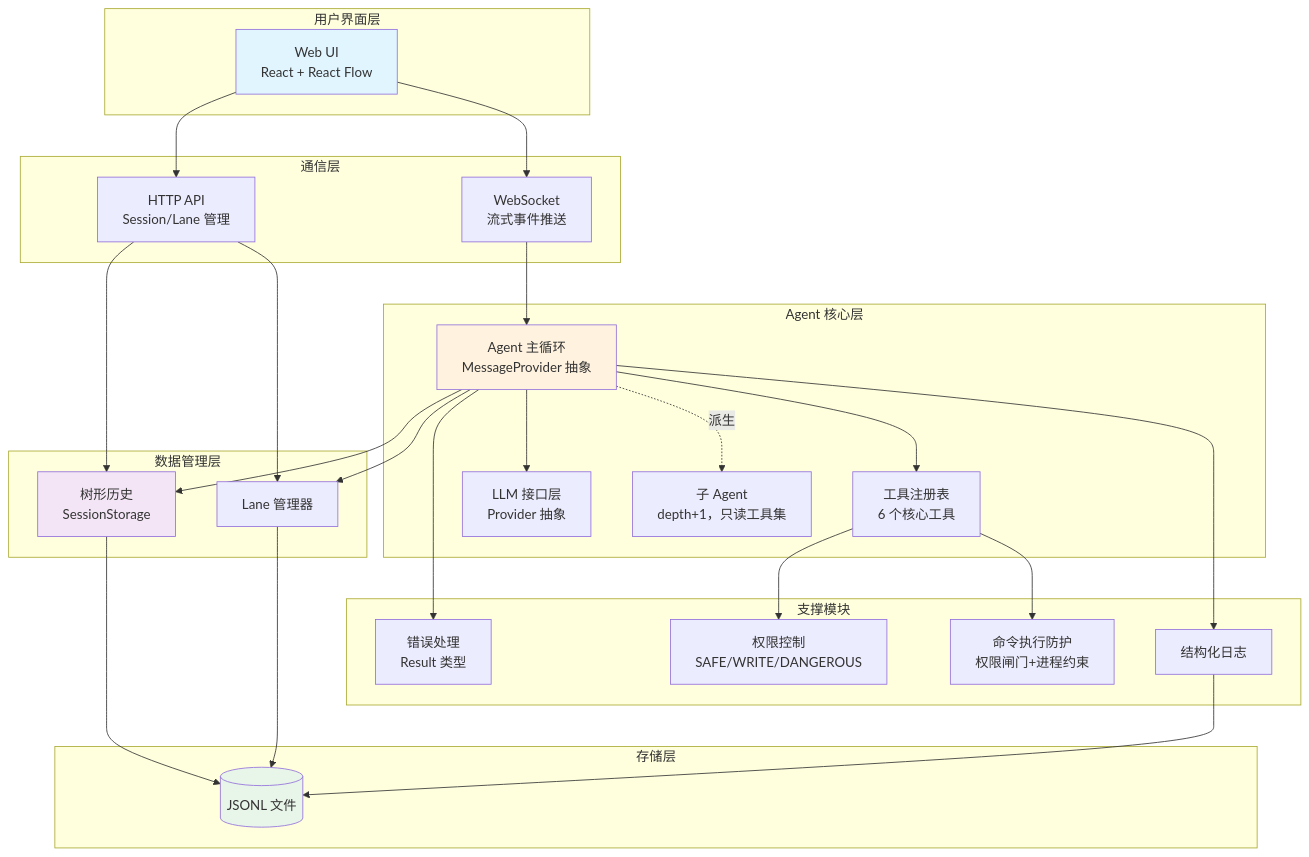
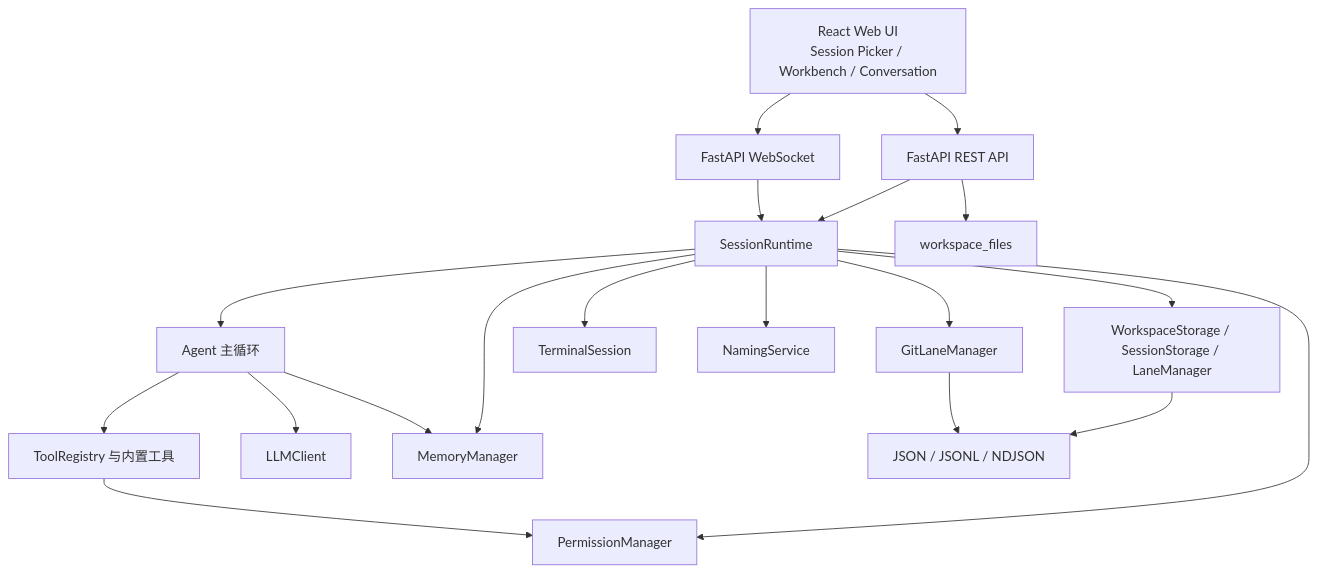
One commit to mukongshan/CodeMate changed the diagram in docs/功能设计/01-系统架构概览.md. Above: the diagram before and after it, drawn with Mermaid. The commit also changed other lines of this file and 20 other files, not shown here.

First line of the commit message:
feat: Implement Lane and Git integration branch management plan

````diff
--- a/docs/功能设计/01-系统架构概览.md
+++ b/docs/功能设计/01-系统架构概览.md
@@ -23,57 +15,37 @@
 ```mermaid
 graph TB
-    subgraph "用户界面层"
-        UI[Web UI<br/>React + React Flow]
-    end
+    UI[React Web UI\nSession Picker / Workbench / Conversation]
+    REST[FastAPI REST API]
+    WS[FastAPI WebSocket]
+    Runtime[SessionRuntime]
+    Agent[Agent 主循环]
+    Tools[ToolRegistry 与内置工具]
+    LLM[LLMClient]
+    Memory[MemoryManager]
+    Permission[PermissionManager]
+    Git[GitLaneManager]
+    Terminal[TerminalSession]
+    Naming[NamingService]
+    Store[WorkspaceStorage / SessionStorage / LaneManager]
+    Files[workspace_files]
+    Disk[JSON / JSONL / NDJSON]
 
-    subgraph "通信层"
-        WS[WebSocket<br/>流式事件推送]
-        API[HTTP API<br/>Session/Lane 管理]
-    end
-
-    subgraph "Agent 核心层"
-        Loop[Agent 主循环<br/>MessageProvider 抽象]
-        Tools[工具注册表<br/>6 个核心工具]
-        LLM[LLM 接口层<br/>Provider 抽象]
-        SubAgent[子 Agent<br/>depth+1，只读工具集]
-    end
-
-    subgraph "支撑模块"
-        Error[错误处理<br/>Result 类型]
-        Perm[权限控制<br/>SAFE/WRITE/DANGEROUS]
-        Guard[命令执行防护<br/>权限闸门+进程约束]
-        Log[结构化日志]
-    end
-
-    subgraph "数据管理层"
-        Session[树形历史<br/>SessionStorage]
-        Lane[Lane 管理器]
-    end
-
-    subgraph "存储层"
-        JSONL[(JSONL 文件)]
-    end
-
+    UI --> REST
     UI --> WS
-    UI --> API
-    WS --> Loop
-    API --> Session
-    API --> Lane
-    Loop --> Tools
-    Loop --> LLM
-    Loop --> Error
-    Loop -.派生.-> SubAgent
-    Tools --> Perm
-    Tools --> Guard
-    Loop --> Log
-    Loop --> Session
-    Loop --> Lane
-    Session --> JSONL
-    Lane --> JSONL
-    Log --> JSONL
-
-    style UI fill:#e1f5ff
-    style Loop fill:#fff3e0
-    style Session fill:#f3e5f5
-    style JSONL fill:#e8f5e9
+    REST --> Runtime
+    WS --> Runtime
+    Runtime --> Agent
+    Runtime --> Git
+    Runtime --> Memory
+    Runtime --> Naming
+    Runtime --> Permission
+    Runtime --> Store
+    Runtime --> Terminal
+    Agent --> Tools
+    Agent --> LLM
+    Agent --> Memory
+    Tools --> Permission
+    REST --> Files
+    Store --> Disk
+    Git --> Disk
 ```
````
